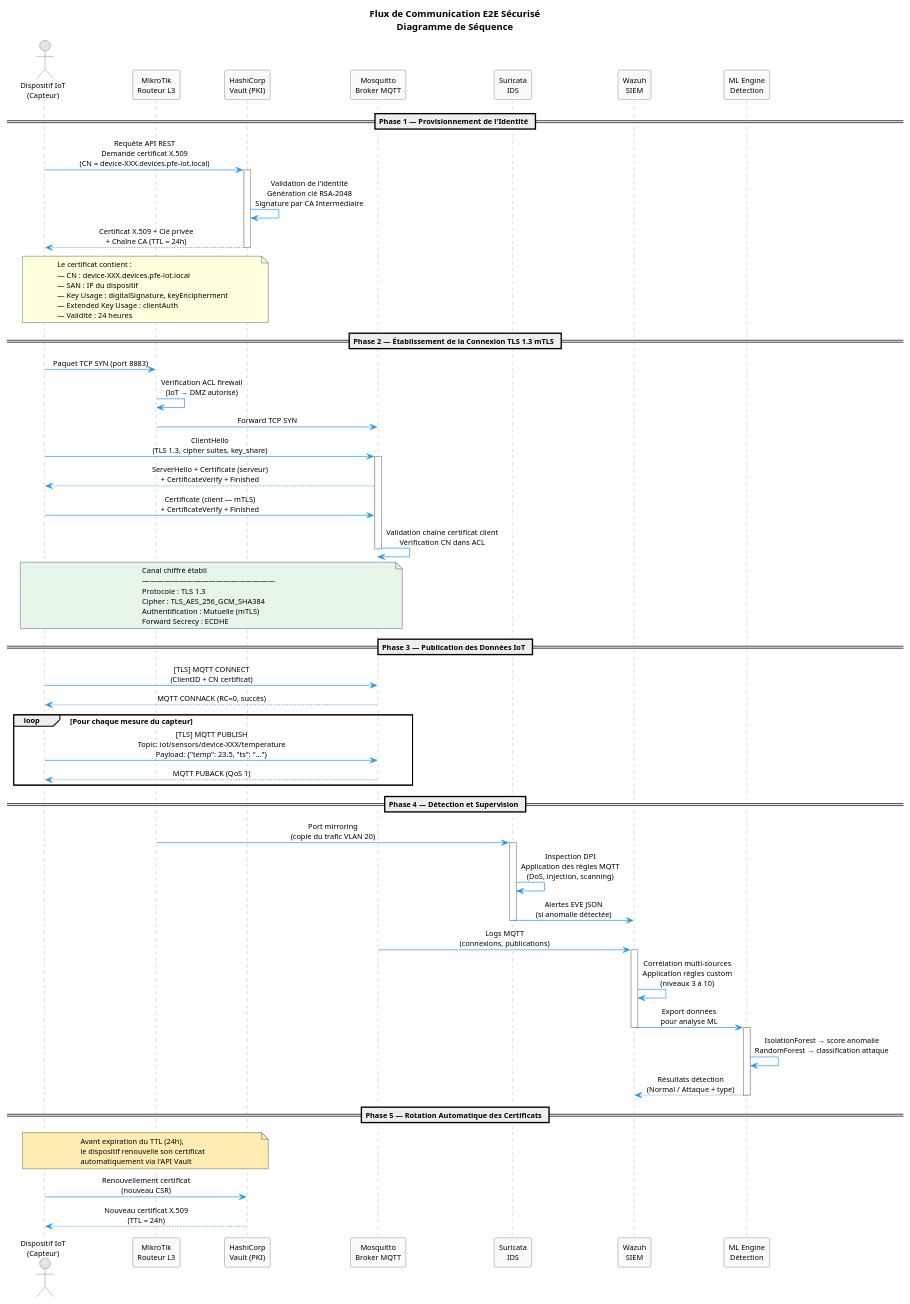
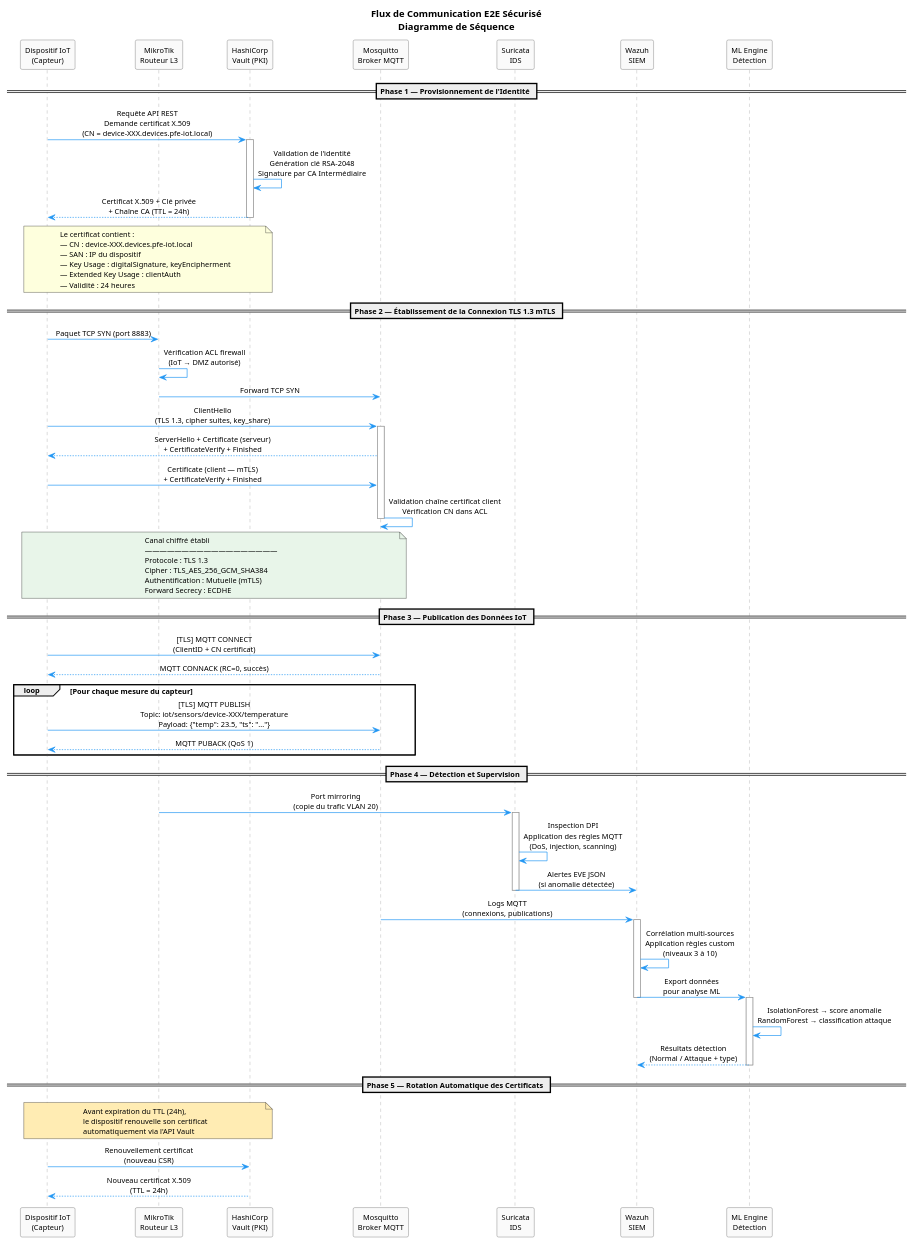
Before and after one commit to AmineGhannouchi/PFE-IoT-Security-TT: the diagram in documentation/rapport4/diagrams/diag-flux-e2e.puml, drawn with PlantUML. The commit also changed 20 other files, not shown here.

Commit message:
refactor: Update diagrams and figures for improved clarity; replace actors with participants and enhance layout

```diff
--- a/documentation/rapport4/diagrams/diag-flux-e2e.puml
+++ b/documentation/rapport4/diagrams/diag-flux-e2e.puml
@@ -1,105 +1,105 @@
 @startuml diag-flux-e2e
 
 skinparam backgroundColor #FFFFFF
 skinparam defaultFontName Arial
 skinparam defaultFontSize 11
 skinparam sequenceMessageAlign center
 skinparam shadowing false
 skinparam sequence {
   ArrowColor #2196F3
   ActorBorderColor #555555
   LifeLineBorderColor #999999
   ParticipantBackgroundColor #FAFAFA
   ParticipantBorderColor #555555
 }
 
 title Flux de Communication E2E Sécurisé\nDiagramme de Séquence
 
-actor "Dispositif IoT\n(Capteur)" as DEV
+participant "Dispositif IoT\n(Capteur)" as DEV
 participant "MikroTik\nRouteur L3" as RTR
 participant "HashiCorp\nVault (PKI)" as VAULT
 participant "Mosquitto\nBroker MQTT" as BROKER
 participant "Suricata\nIDS" as IDS
 participant "Wazuh\nSIEM" as SIEM
 participant "ML Engine\nDétection" as ML
 
 == Phase 1 — Provisionnement de l'Identité ==
 
 DEV -> VAULT : Requête API REST\nDemande certificat X.509\n(CN = device-XXX.devices.pfe-iot.local)
 activate VAULT
 VAULT -> VAULT : Validation de l'identité\nGénération clé RSA-2048\nSignature par CA Intermédiaire
 VAULT --> DEV : Certificat X.509 + Clé privée\n+ Chaîne CA (TTL = 24h)
 deactivate VAULT
 
 note over DEV, VAULT
   Le certificat contient :
   — CN : device-XXX.devices.pfe-iot.local
   — SAN : IP du dispositif
   — Key Usage : digitalSignature, keyEncipherment
   — Extended Key Usage : clientAuth
   — Validité : 24 heures
 end note
 
 == Phase 2 — Établissement de la Connexion TLS 1.3 mTLS ==
 
 DEV -> RTR : Paquet TCP SYN (port 8883)
 RTR -> RTR : Vérification ACL firewall\n(IoT → DMZ autorisé)
 RTR -> BROKER : Forward TCP SYN
 
 DEV -> BROKER : ClientHello\n(TLS 1.3, cipher suites, key_share)
 activate BROKER
 BROKER --> DEV : ServerHello + Certificate (serveur)\n+ CertificateVerify + Finished
 DEV -> BROKER : Certificate (client — mTLS)\n+ CertificateVerify + Finished
 BROKER -> BROKER : Validation chaîne certificat client\nVérification CN dans ACL
 deactivate BROKER
 
 note over DEV, BROKER #E8F5E9
   Canal chiffré établi
   ——————————————————
   Protocole : TLS 1.3
   Cipher : TLS_AES_256_GCM_SHA384
   Authentification : Mutuelle (mTLS)
   Forward Secrecy : ECDHE
 end note
 
 == Phase 3 — Publication des Données IoT ==
 
 DEV -> BROKER : [TLS] MQTT CONNECT\n(ClientID + CN certificat)
 BROKER --> DEV : MQTT CONNACK (RC=0, succès)
 
 loop Pour chaque mesure du capteur
   DEV -> BROKER : [TLS] MQTT PUBLISH\nTopic: iot/sensors/device-XXX/temperature\nPayload: {"temp": 23.5, "ts": "..."}
   BROKER --> DEV : MQTT PUBACK (QoS 1)
 end
 
 == Phase 4 — Détection et Supervision ==
 
 RTR -> IDS : Port mirroring\n(copie du trafic VLAN 20)
 activate IDS
 IDS -> IDS : Inspection DPI\nApplication des règles MQTT\n(DoS, injection, scanning)
 IDS -> SIEM : Alertes EVE JSON\n(si anomalie détectée)
 deactivate IDS
 
 BROKER -> SIEM : Logs MQTT\n(connexions, publications)
 activate SIEM
 SIEM -> SIEM : Corrélation multi-sources\nApplication règles custom\n(niveaux 3 à 10)
 SIEM -> ML : Export données\npour analyse ML
 deactivate SIEM
 
 activate ML
 ML -> ML : IsolationForest → score anomalie\nRandomForest → classification attaque
 ML --> SIEM : Résultats détection\n(Normal / Attaque + type)
 deactivate ML
 
 == Phase 5 — Rotation Automatique des Certificats ==
 
 note over DEV, VAULT #FFECB3
   Avant expiration du TTL (24h),
   le dispositif renouvelle son certificat
   automatiquement via l'API Vault
 end note
 
 DEV -> VAULT : Renouvellement certificat\n(nouveau CSR)
 VAULT --> DEV : Nouveau certificat X.509\n(TTL = 24h)
 
 @enduml
```
